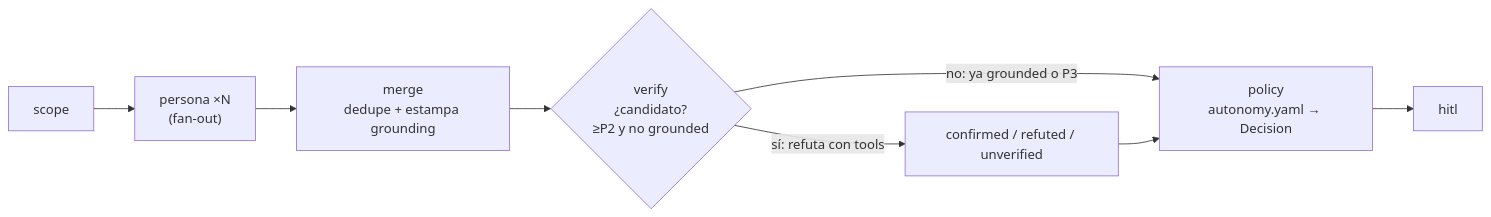
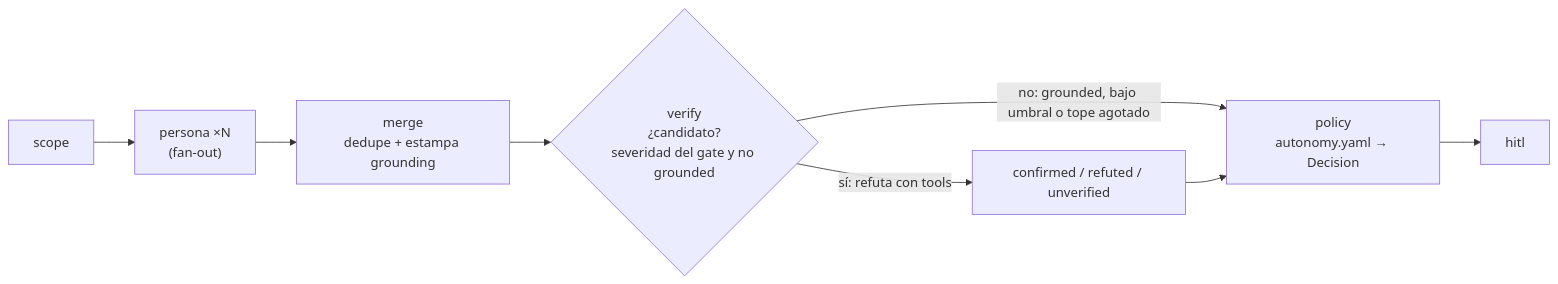
Before and after one commit to pcgarat/agent-review-langgraph: the diagram in docs/iniciativas/009-verificador-adversarial/spec.md, drawn with Mermaid. The commit also changed other lines of this file and 8 other files, not shown here.

````diff
--- a/docs/iniciativas/009-verificador-adversarial/spec.md
+++ b/docs/iniciativas/009-verificador-adversarial/spec.md
@@ -122,10 +128,10 @@
 ```mermaid
 flowchart LR
     scope --> persona["persona ×N<br/>(fan-out)"]
     persona --> merge["merge<br/>dedupe + estampa grounding"]
-    merge --> verify{"verify<br/>¿candidato?<br/>≥P2 y no grounded"}
+    merge --> verify{"verify<br/>¿candidato?<br/>severidad del gate y no grounded"}
     verify -->|"sí: refuta con tools"| verdict["confirmed / refuted / unverified"]
-    verify -->|"no: ya grounded o P3"| policy
+    verify -->|"no: grounded, bajo umbral o tope agotado"| policy
     verdict --> policy["policy<br/>autonomy.yaml → Decision"]
     policy --> hitl
 ```
````
